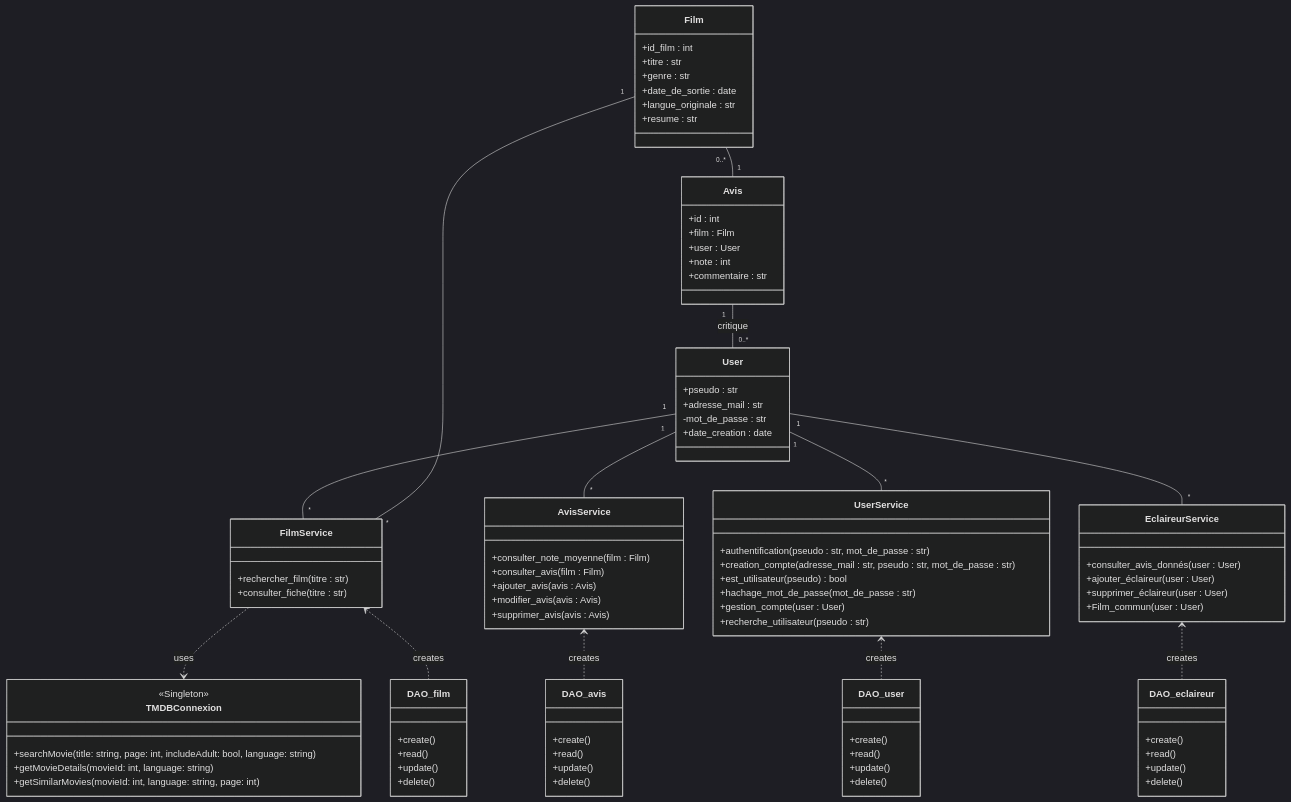
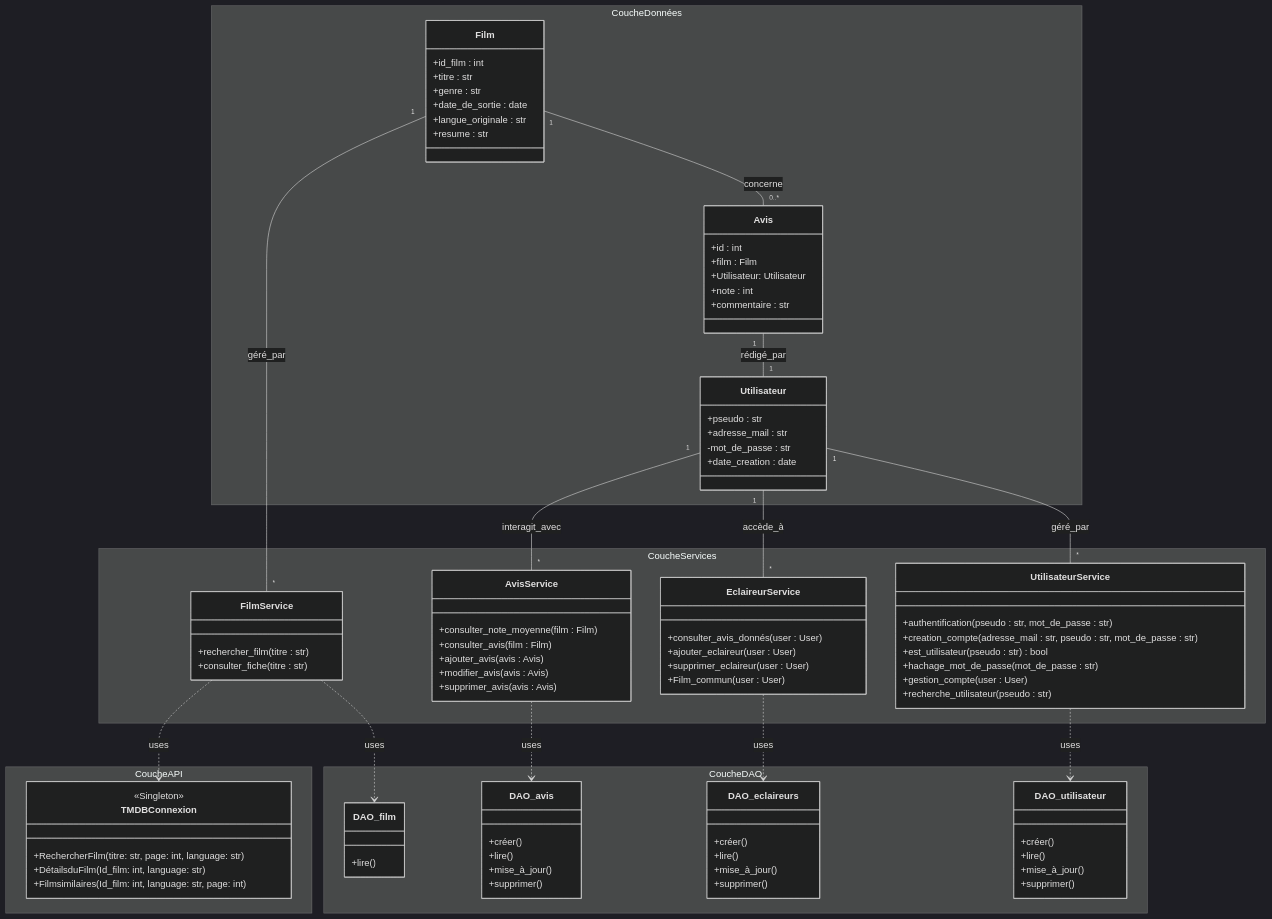
Before and after one commit to id2380/Projet2A_Template: the diagram in doc/Diagramme de classe/Diagramme de classe.md, drawn with Mermaid (dark theme).

````diff
--- a/doc/Diagramme de classe/Diagramme de classe.md
+++ b/doc/Diagramme de classe/Diagramme de classe.md
@@ -1,109 +1,108 @@
 ```mermaid
 classDiagram
-    class Film {
-        +id_film : int
-        +titre : str
-        +genre : str
-        +date_de_sortie : date
-        +langue_originale : str
-        +resume : str
+    namespace Couche Données {
+        class Film {
+            +id_film : int
+            +titre : str
+            +genre : str
+            +date_de_sortie : date
+            +langue_originale : str
+            +resume : str
+        }
+
+        class Utilisateur {
+            +pseudo : str
+            +adresse_mail : str
+            -mot_de_passe : str
+            +date_creation : date
+        }
+
+        class Avis {
+            +id : int
+            +film : Film
+            +Utilisateur: Utilisateur
+            +note : int
+            +commentaire : str
+        }
     }
 
-    class User {
-        +pseudo : str
-        +adresse_mail : str
-        -mot_de_passe : str
-        +date_creation : date
+    namespace Couche DAO {
+        class DAO_film {
+            +lire()
+        }
+
+        class DAO_avis {
+            +créer()
+            +lire()
+            +mise_à_jour()
+            +supprimer()
+        }
+
+        class DAO_eclaireurs {
+            +créer()
+            +lire()
+            +mise_à_jour()
+            +supprimer()
+        }
+
+        class DAO_utilisateur {
+            +créer()
+            +lire()
+            +mise_à_jour()
+            +supprimer()
+        }
     }
 
-    class Avis {
-        +id : int
-        +film : Film
-        +user : User
-        +note : int
-        +commentaire : str
+    namespace Couche Services {
+        class FilmService {
+            +rechercher_film(titre : str)
+            +consulter_fiche(titre : str)
+        }
+
+        class AvisService {
+            +consulter_note_moyenne(film : Film)
+            +consulter_avis(film : Film)
+            +ajouter_avis(avis : Avis)
+            +modifier_avis(avis : Avis)
+            +supprimer_avis(avis : Avis)
+        }
+
+        class EclaireurService {
+            +consulter_avis_donnés(user : User)
+            +ajouter_eclaireur(user : User)
+            +supprimer_eclaireur(user : User)
+            +Film_commun(user : User)
+        }
+
+        class UtilisateurService {
+            +authentification(pseudo : str, mot_de_passe : str)
+            +creation_compte(adresse_mail : str, pseudo : str, mot_de_passe : str)
+            +est_utilisateur(pseudo : str) bool
+            +hachage_mot_de_passe(mot_de_passe : str)
+            +gestion_compte(user : User)
+            +recherche_utilisateur(pseudo : str)
+        }
     }
 
-    class FilmService {
-        +rechercher_film(titre : str)
-        +consulter_fiche(titre : str)
-        
+    namespace Couche API {
+        class TMDBConnexion {<<Singleton>>
+            +RechercherFilm(titre: str, page: int, language: str)
+            +DétailsduFilm(Id_film: int, language: str)
+            +Filmsimilaires(Id_film: int, language: str, page: int)
+        }
     }
 
-    class AvisService {
-        +consulter_note_moyenne(film : Film)
-        +consulter_avis(film : Film)
-        +ajouter_avis(avis : Avis)
-        +modifier_avis(avis : Avis)
-        +supprimer_avis(avis : Avis)
-        
-    }
-
-    class EclaireurService {
-        +consulter_avis_donnés(user : User)
-        +ajouter_éclaireur(user : User)
-        +supprimer_éclaireur(user : User)
-        +Film_commun(user : User)
-    }
-    
-    class TMDBConnexion {<<Singleton>>
-        +searchMovie(title: string, page: int, includeAdult: bool, language: string)
-        +getMovieDetails(movieId: int, language: string)
-        +getSimilarMovies(movieId: int, language: string, page: int)
-    }
-
-    
-
-    class DAO_film {
-        +create()
-        +read()
-        +update()
-        +delete()
-    }
-
-    class DAO_avis {
-        +create()
-        +read()
-        +update()
-        +delete()
-    }
-
-    class DAO_eclaireur {
-        +create()
-        +read()
-        +update()
-        +delete()
-    }
-
-    class DAO_user {
-        +create()
-        +read()
-        +update()
-        +delete()
-    }
-
-    class UserService {
-        +authentification(pseudo : str, mot_de_passe : str)
-        +creation_compte(adresse_mail : str, pseudo : str, mot_de_passe : str)
-        +est_utilisateur(pseudo) bool
-        +hachage_mot_de_passe(mot_de_passe : str)
-        +gestion_compte(user : User)
-        +recherche_utilisateur(pseudo : str)
-    }
-
-    Film "0..*" -- "1" Avis 
-    Avis "1" -- "0..*" User : critique
-    User "1" -- "*" FilmService
-    User "1" -- "*" AvisService
-    User "1" -- "*" UserService
-    User "1" -- "*" EclaireurService
-    Film "1" -- "*" FilmService
-
+    %% Relations
+    Film "1" -- "0..*" Avis : concerne
+    Avis "1" -- "1" Utilisateur : rédigé_par
+    Utilisateur "1" -- "*" AvisService : interagit_avec
+    Utilisateur "1" -- "*" EclaireurService : accède_à
+    Utilisateur "1" -- "*" UtilisateurService : géré_par
+    Film "1" -- "*" FilmService : géré_par
     FilmService ..> TMDBConnexion : uses
     
-
-    FilmService <.. DAO_film : creates
-    AvisService <..  DAO_avis : creates
-    EclaireurService <.. DAO_eclaireur : creates
-    UserService <..  DAO_user : creates
+    FilmService ..>DAO_film : uses
+    AvisService ..> DAO_avis : uses
+    EclaireurService ..> DAO_eclaireurs: uses
+    UtilisateurService ..> DAO_utilisateur : uses
 ```
````
